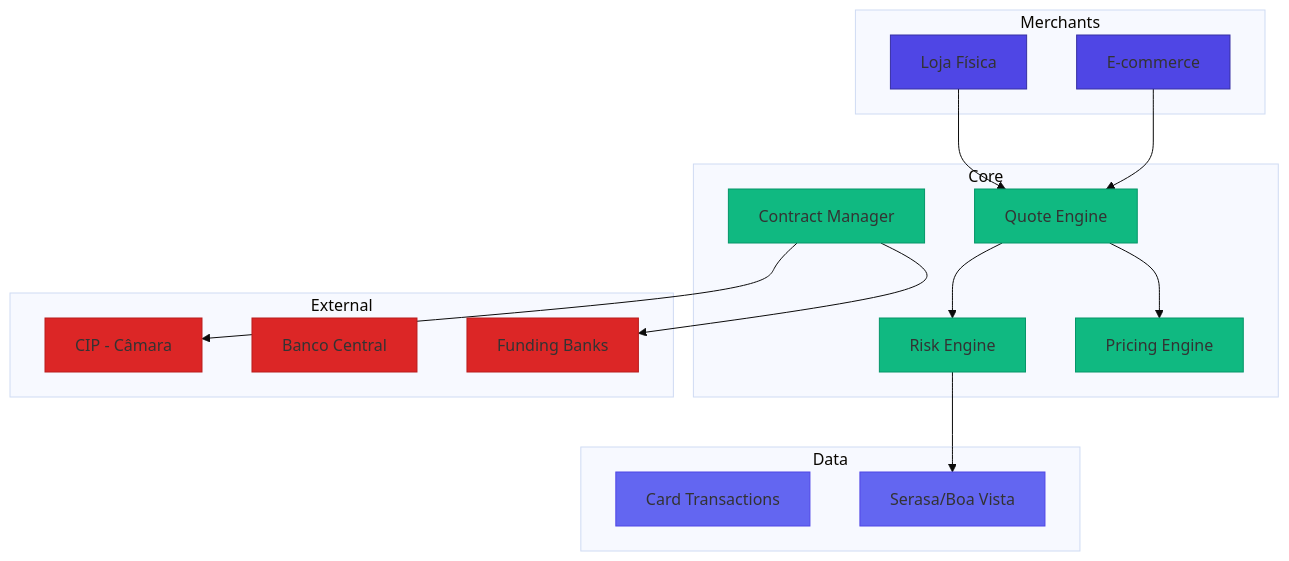
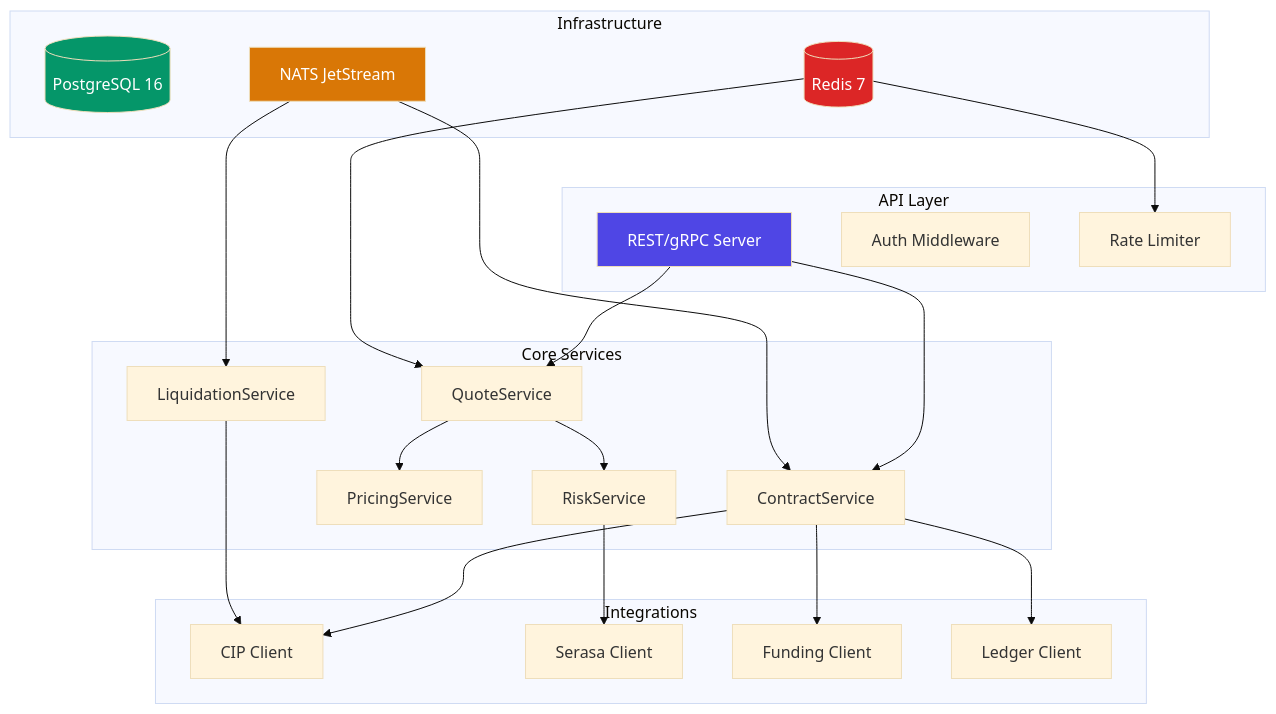
The fourth of 4 diagrams in packages/docs/challenges/16-anticipation.md (mateussiqueira/banking-stack), drawn with Mermaid (base theme) before and after one commit. The commit also changed other lines of this file and 80 other files, not shown here.

First line of the commit message:
roadmap fases 1-4: interatividade, quizzes, gamificacao, flashcards

````diff
--- a/packages/docs/challenges/16-anticipation.md
+++ b/packages/docs/challenges/16-anticipation.md
@@ -79,43 +1306,48 @@
 ```mermaid
-graph TB
-    subgraph "Merchants"
-      M1[Loja Física]
-      M2[E-commerce]
+flowchart TB
+    subgraph "API Layer"
+        REST[REST/gRPC Server]
+        AUTH[Auth Middleware]
+        RATE[Rate Limiter]
     end
 
-    subgraph "Core"
-      QUOTE[Quote Engine]
-      RISK[Risk Engine]
-      PRICING[Pricing Engine]
-      CONTRACT[Contract Manager]
+    subgraph "Core Services"
+        QUOTE[QuoteService]
+        RISK[RiskService]
+        PRICE[PricingService]
+        CONTRACT[ContractService]
+        LIQ[LiquidationService]
     end
 
-    subgraph "Data"
-      CARD_TX[Card Transactions]
-      CREDIT_BUREAU[Serasa/Boa Vista]
+    subgraph "Integrations"
+        CIP[CIP Client]
+        BUREAU[Serasa Client]
+        FUNDING[Funding Client]
+        LEDGER[Ledger Client]
     end
 
-    subgraph "External"
-      CIP[CIP - Câmara]
-      BACEN[Banco Central]
-      FUNDING[Funding Banks]
+    subgraph "Infrastructure"
+        PG[(PostgreSQL 16)]
+        REDIS[(Redis 7)]
+        NATS[NATS JetStream]
     end
 
-    M1 --> QUOTE
-    M2 --> QUOTE
+    REST --> QUOTE
+    REST --> CONTRACT
     QUOTE --> RISK
-    QUOTE --> PRICING
-    RISK --> CREDIT_BUREAU
+    QUOTE --> PRICE
+    RISK --> BUREAU
     CONTRACT --> CIP
     CONTRACT --> FUNDING
+    CONTRACT --> LEDGER
+    LIQ --> CIP
+    NATS --> LIQ
+    NATS --> CONTRACT
+    REDIS --> RATE
+    REDIS --> QUOTE
 
-    classDef merchant fill:#4f46e5,stroke:#3730a3;
-    classDef core fill:#10b981,stroke:#059669;
-    classDef data fill:#6366f1,stroke:#4f46e5;
-    classDef external fill:#dc2626,stroke:#b91c1c;
-
-    class M1,M2 merchant;
-    class QUOTE,RISK,PRICING,CONTRACT core;
-    class CARD_TX,CREDIT_BUREAU data;
-    class CIP,BACEN,FUNDING external;
+    style REST fill:#4f46e5,color:#fff
+    style PG fill:#059669,color:#fff
+    style REDIS fill:#dc2626,color:#fff
+    style NATS fill:#d97706,color:#fff
 ```
````
